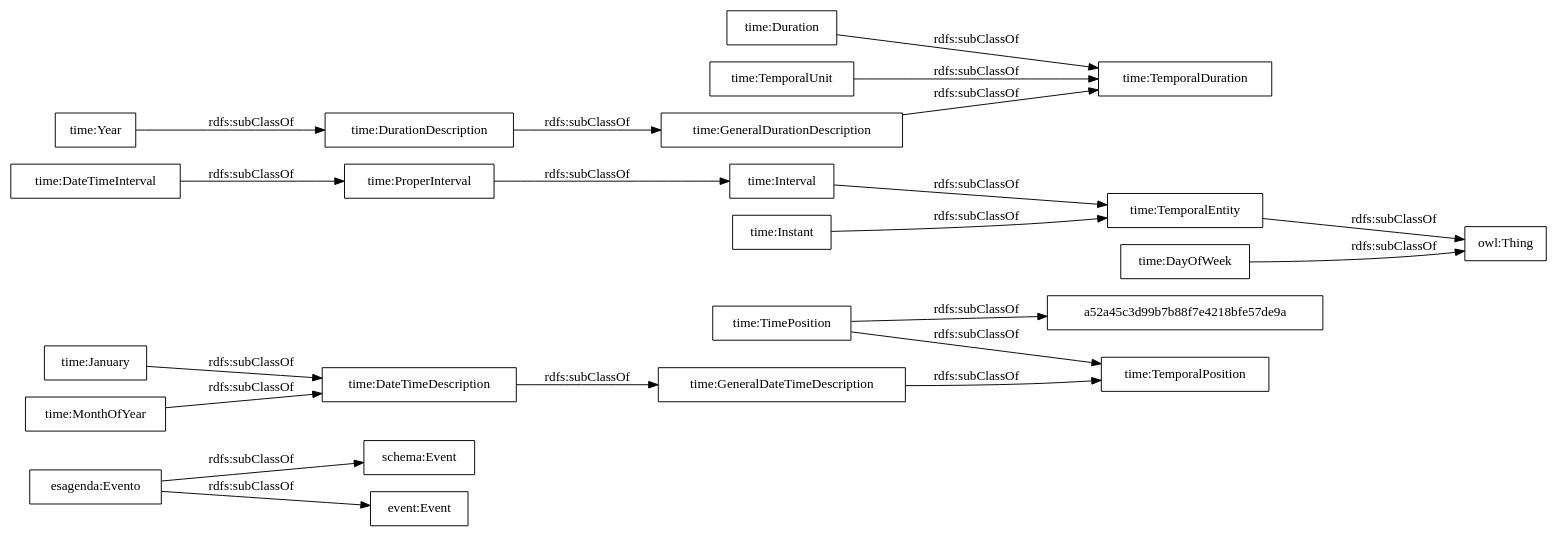
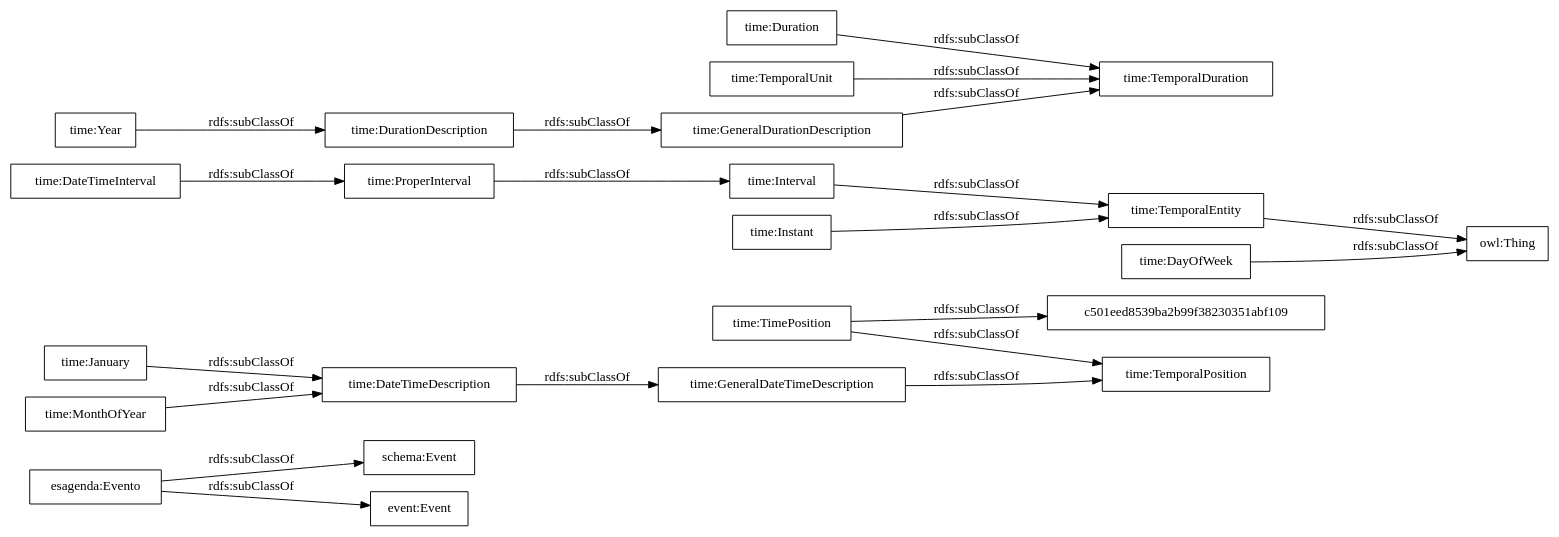
Before and after one commit to paoespinozarias/cultura-ocio-agenda-eventos-actividades: the diagram in OnToology/agenda.owl/diagrams/ar2dtool-taxonomy/agenda.owl.png.dot, drawn with Graphviz. The commit also changed 8 other files, not shown here.

```diff
--- a/OnToology/agenda.owl/diagrams/ar2dtool-taxonomy/agenda.owl.png.dot
+++ b/OnToology/agenda.owl/diagrams/ar2dtool-taxonomy/agenda.owl.png.dot
@@ -1,25 +1,25 @@
 digraph ar2dtool_diagram { 
 rankdir=LR;
 size="1000"
-node [shape = rectangle, color="black"]; "esagenda:Evento" "schema:Event" "event:Event" "time:GeneralDateTimeDescription" "time:DateTimeInterval" "time:DurationDescription" "time:TemporalDuration" "time:Duration" "time:GeneralDurationDescription" "time:January" "time:ProperInterval" "time:TimePosition" "time:TemporalPosition" "time:Interval" "time:TemporalEntity" "a52a45c3d99b7b88f7e4218bfe57de9a" "time:Year" "time:MonthOfYear" "time:DateTimeDescription" "time:TemporalUnit" "time:Instant" "time:DayOfWeek" ; /*classes style*/
+node [shape = rectangle, color="black"]; "esagenda:Evento" "schema:Event" "event:Event" "time:GeneralDateTimeDescription" "time:DateTimeInterval" "time:DurationDescription" "time:TemporalDuration" "time:Duration" "time:GeneralDurationDescription" "time:January" "time:ProperInterval" "time:TimePosition" "time:TemporalPosition" "time:Interval" "time:TemporalEntity" "time:Year" "time:MonthOfYear" "time:DateTimeDescription" "c501eed8539ba2b99f38230351abf109" "time:TemporalUnit" "time:Instant" "time:DayOfWeek" ; /*classes style*/
 	"time:TemporalEntity" -> "owl:Thing" [ label = "rdfs:subClassOf" ];
 	"time:DateTimeInterval" -> "time:ProperInterval" [ label = "rdfs:subClassOf" ];
 	"time:DayOfWeek" -> "owl:Thing" [ label = "rdfs:subClassOf" ];
 	"time:TemporalUnit" -> "time:TemporalDuration" [ label = "rdfs:subClassOf" ];
 	"time:Year" -> "time:DurationDescription" [ label = "rdfs:subClassOf" ];
 	"time:Interval" -> "time:TemporalEntity" [ label = "rdfs:subClassOf" ];
 	"time:MonthOfYear" -> "time:DateTimeDescription" [ label = "rdfs:subClassOf" ];
 	"time:GeneralDurationDescription" -> "time:TemporalDuration" [ label = "rdfs:subClassOf" ];
 	"time:GeneralDateTimeDescription" -> "time:TemporalPosition" [ label = "rdfs:subClassOf" ];
 	"time:DateTimeDescription" -> "time:GeneralDateTimeDescription" [ label = "rdfs:subClassOf" ];
 	"time:DurationDescription" -> "time:GeneralDurationDescription" [ label = "rdfs:subClassOf" ];
-	"time:TimePosition" -> "a52a45c3d99b7b88f7e4218bfe57de9a" [ label = "rdfs:subClassOf" ];
+	"time:TimePosition" -> "c501eed8539ba2b99f38230351abf109" [ label = "rdfs:subClassOf" ];
 	"time:TimePosition" -> "time:TemporalPosition" [ label = "rdfs:subClassOf" ];
 	"time:January" -> "time:DateTimeDescription" [ label = "rdfs:subClassOf" ];
 	"time:ProperInterval" -> "time:Interval" [ label = "rdfs:subClassOf" ];
 	"time:Instant" -> "time:TemporalEntity" [ label = "rdfs:subClassOf" ];
 	"esagenda:Evento" -> "schema:Event" [ label = "rdfs:subClassOf" ];
 	"esagenda:Evento" -> "event:Event" [ label = "rdfs:subClassOf" ];
 	"time:Duration" -> "time:TemporalDuration" [ label = "rdfs:subClassOf" ];
 
 }
```
